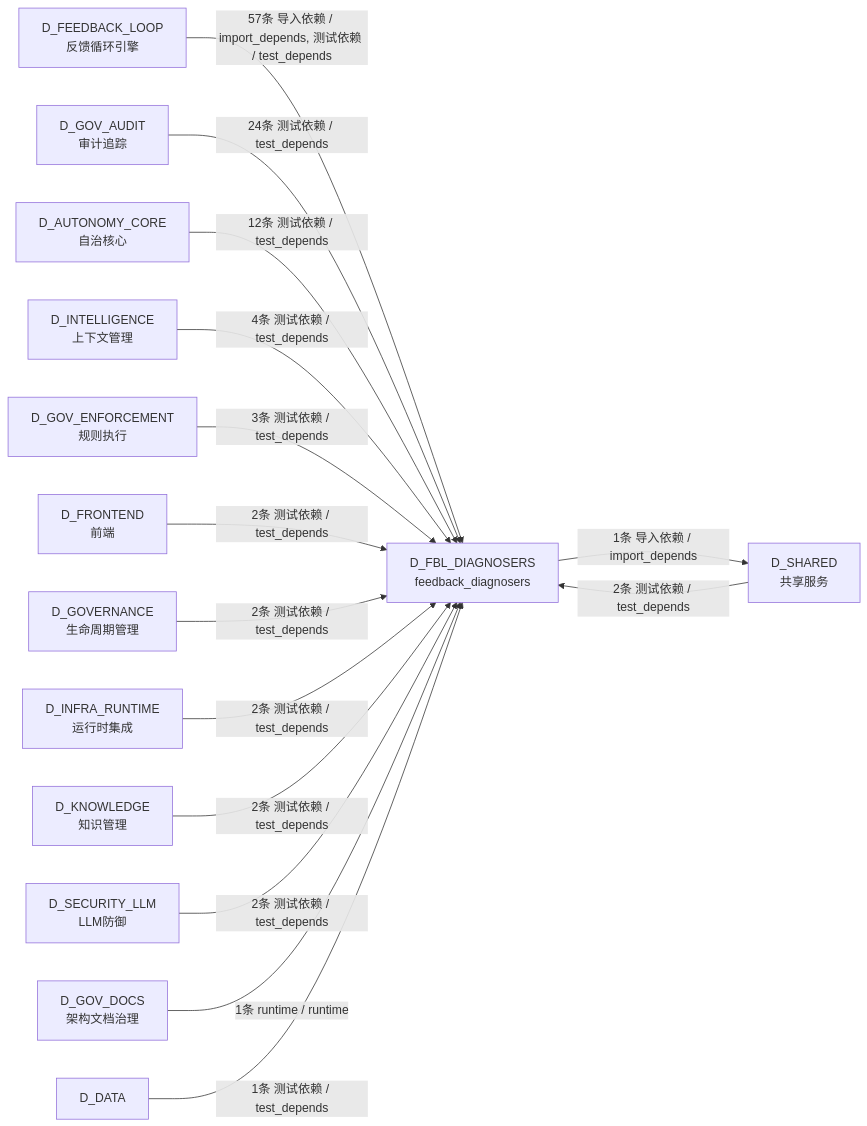
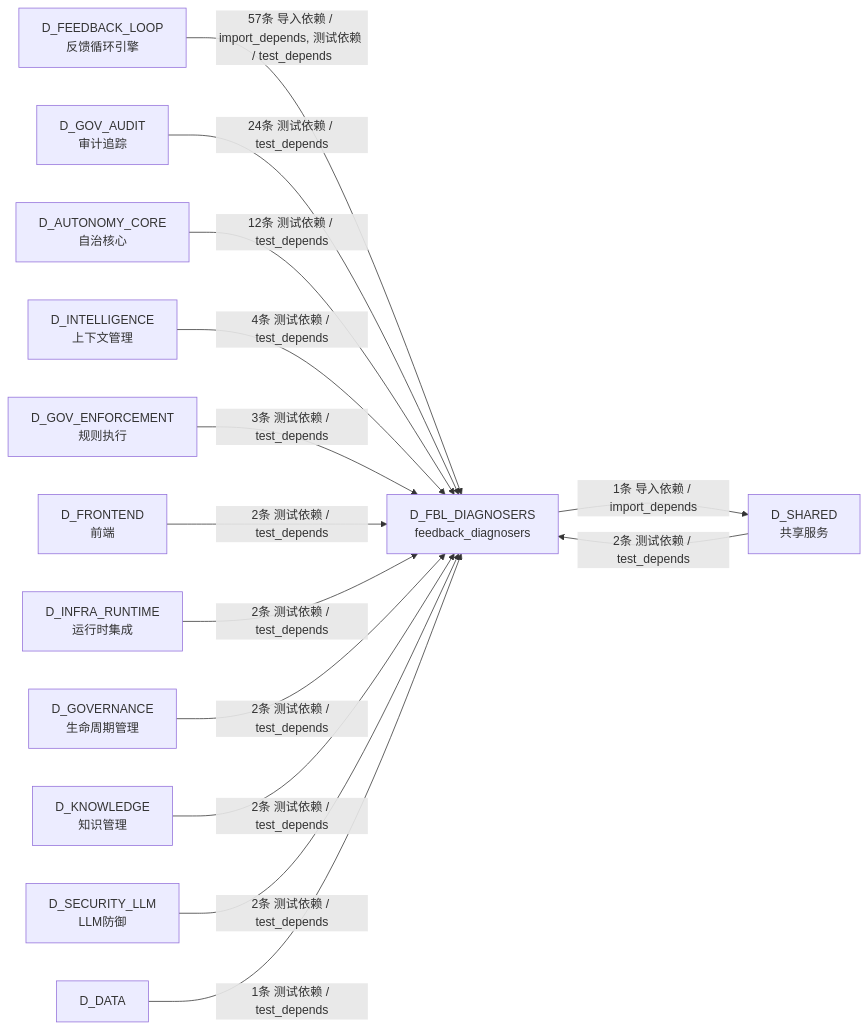
One commit to xuanFelixVan/ZephyrAlpha changed the sixth of 6 diagrams in docs/02_enterprise_architecture/02_domain_architecture_docs/12_d_fbl_diagnosers.md. Above: the diagram before and after it, drawn with Mermaid. The commit also changed other lines of this file and 126 other files, not shown here.

````diff
--- a/docs/02_enterprise_architecture/02_domain_architecture_docs/12_d_fbl_diagnosers.md
+++ b/docs/02_enterprise_architecture/02_domain_architecture_docs/12_d_fbl_diagnosers.md
@@ -600,31 +599,29 @@
 ```mermaid
 graph LR
     D_FBL_DIAGNOSERS["D_FBL_DIAGNOSERS<br/>feedback_diagnosers"]
     D_SHARED["D_SHARED<br/>共享服务"]
     D_FEEDBACK_LOOP["D_FEEDBACK_LOOP<br/>反馈循环引擎"]
     D_GOV_AUDIT["D_GOV_AUDIT<br/>审计追踪"]
     D_AUTONOMY_CORE["D_AUTONOMY_CORE<br/>自治核心"]
     D_INTELLIGENCE["D_INTELLIGENCE<br/>上下文管理"]
     D_GOV_ENFORCEMENT["D_GOV_ENFORCEMENT<br/>规则执行"]
     D_FRONTEND["D_FRONTEND<br/>前端"]
+    D_INFRA_RUNTIME["D_INFRA_RUNTIME<br/>运行时集成"]
     D_GOVERNANCE["D_GOVERNANCE<br/>生命周期管理"]
-    D_INFRA_RUNTIME["D_INFRA_RUNTIME<br/>运行时集成"]
     D_KNOWLEDGE["D_KNOWLEDGE<br/>知识管理"]
     D_SECURITY_LLM["D_SECURITY_LLM<br/>LLM防御"]
-    D_GOV_DOCS["D_GOV_DOCS<br/>架构文档治理"]
     D_DATA["D_DATA"]
     D_FBL_DIAGNOSERS -->|1条 导入依赖 / import_depends| D_SHARED
     D_FEEDBACK_LOOP -->|57条 导入依赖 / import_depends, 测试依赖 / test_depends| D_FBL_DIAGNOSERS
     D_GOV_AUDIT -->|24条 测试依赖 / test_depends| D_FBL_DIAGNOSERS
     D_AUTONOMY_CORE -->|12条 测试依赖 / test_depends| D_FBL_DIAGNOSERS
     D_INTELLIGENCE -->|4条 测试依赖 / test_depends| D_FBL_DIAGNOSERS
     D_GOV_ENFORCEMENT -->|3条 测试依赖 / test_depends| D_FBL_DIAGNOSERS
     D_SHARED -->|2条 测试依赖 / test_depends| D_FBL_DIAGNOSERS
     D_FRONTEND -->|2条 测试依赖 / test_depends| D_FBL_DIAGNOSERS
+    D_INFRA_RUNTIME -->|2条 测试依赖 / test_depends| D_FBL_DIAGNOSERS
     D_GOVERNANCE -->|2条 测试依赖 / test_depends| D_FBL_DIAGNOSERS
-    D_INFRA_RUNTIME -->|2条 测试依赖 / test_depends| D_FBL_DIAGNOSERS
     D_KNOWLEDGE -->|2条 测试依赖 / test_depends| D_FBL_DIAGNOSERS
     D_SECURITY_LLM -->|2条 测试依赖 / test_depends| D_FBL_DIAGNOSERS
-    D_GOV_DOCS -->|1条 runtime / runtime| D_FBL_DIAGNOSERS
     D_DATA -->|1条 测试依赖 / test_depends| D_FBL_DIAGNOSERS
 ```
````
